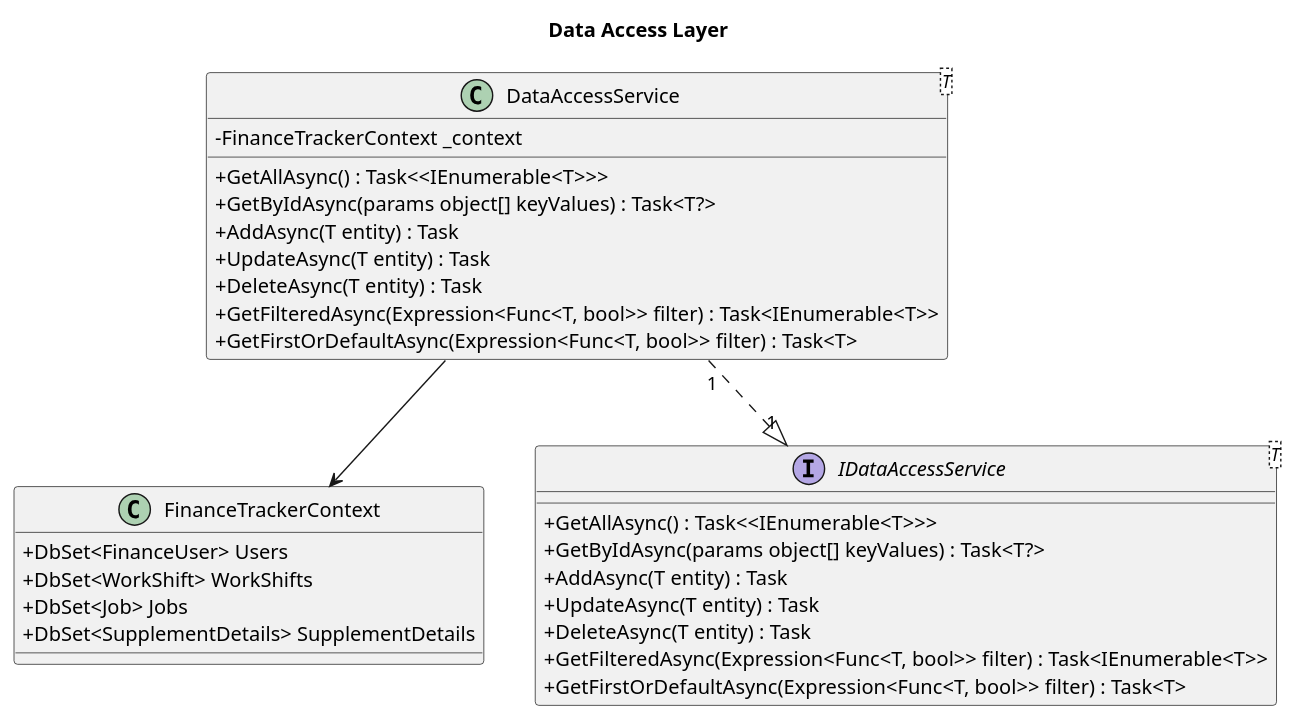
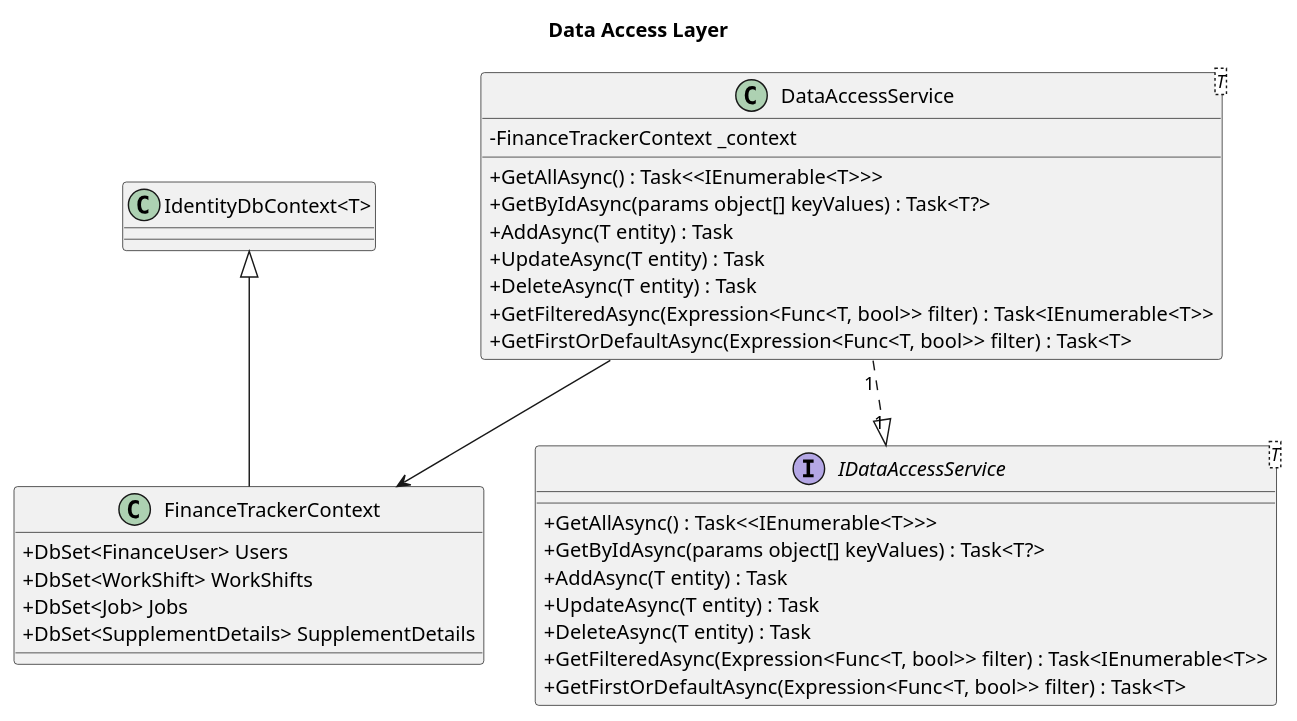
One commit to a-chiha/FinanceTrackerBackend changed the diagram in diagrams/backend/DataAccessLayer.puml. Above: the diagram before and after it, drawn with PlantUML. The commit also changed 1 other file, not shown here.

```diff
--- a/diagrams/backend/DataAccessLayer.puml
+++ b/diagrams/backend/DataAccessLayer.puml
@@ -1,37 +1,42 @@
 @startuml
 skinparam classAttributeIconSize 0
 title Data Access Layer
 
 class FinanceTrackerContext {
     + DbSet<FinanceUser> Users
     + DbSet<WorkShift> WorkShifts
     + DbSet<Job> Jobs
     + DbSet<SupplementDetails> SupplementDetails
 }
 
 interface IDataAccessService<T> {
     + GetAllAsync() : Task<<IEnumerable<T>>>
     + GetByIdAsync(params object[] keyValues) : Task<T?>
     + AddAsync(T entity) : Task
     + UpdateAsync(T entity) : Task
     + DeleteAsync(T entity) : Task
     + GetFilteredAsync(Expression<Func<T, bool>> filter) : Task<IEnumerable<T>>
     + GetFirstOrDefaultAsync(Expression<Func<T, bool>> filter) : Task<T>
 }
 
 class DataAccessService<T> {
     - FinanceTrackerContext _context
     + GetAllAsync() : Task<<IEnumerable<T>>>
     + GetByIdAsync(params object[] keyValues) : Task<T?>
     + AddAsync(T entity) : Task
     + UpdateAsync(T entity) : Task
     + DeleteAsync(T entity) : Task
     + GetFilteredAsync(Expression<Func<T, bool>> filter) : Task<IEnumerable<T>>
     + GetFirstOrDefaultAsync(Expression<Func<T, bool>> filter) : Task<T>
 }
 
 
+
+
+"IdentityDbContext<T>" <|-- FinanceTrackerContext
+
+
 DataAccessService --> FinanceTrackerContext
 DataAccessService "1" ..|> "1" IDataAccessService 
 
 @enduml
```
